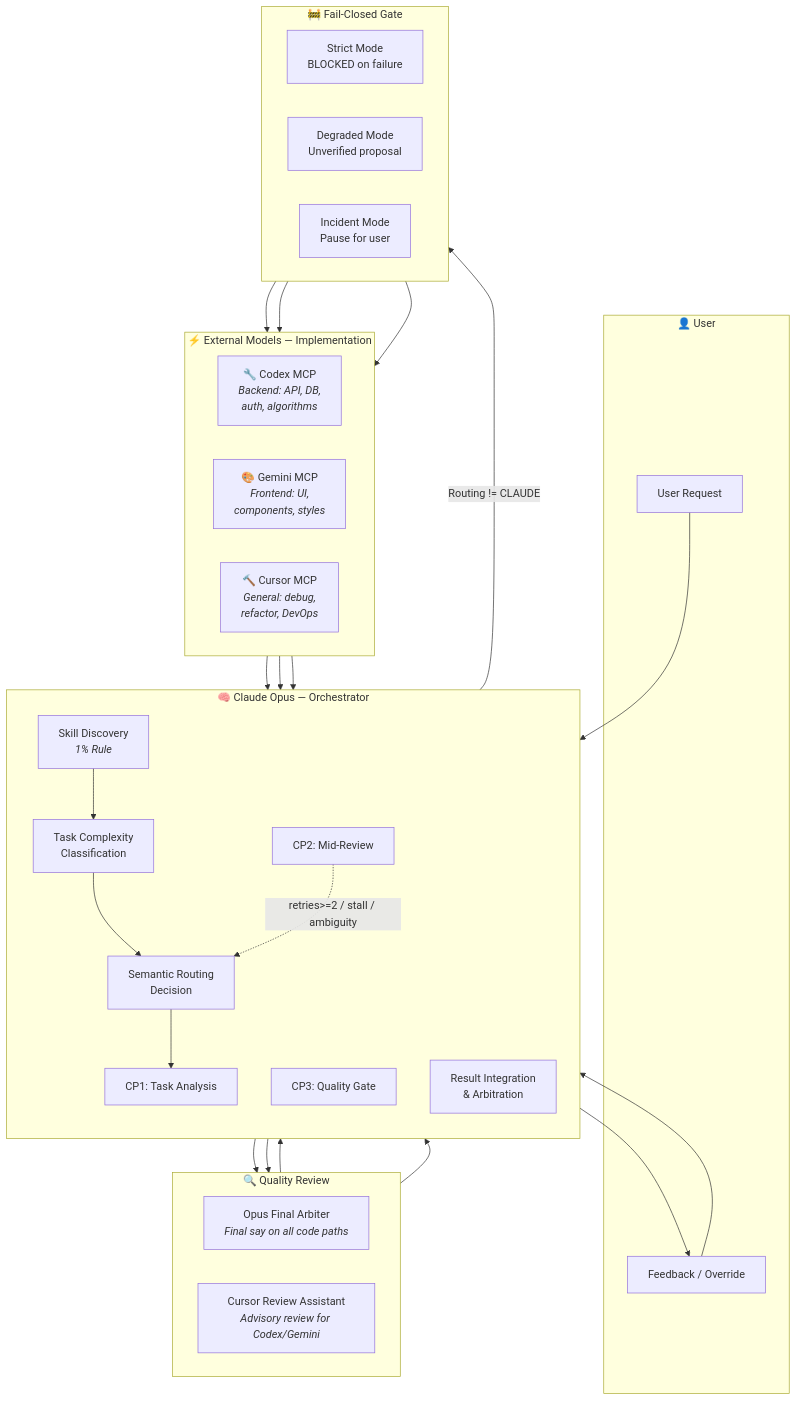
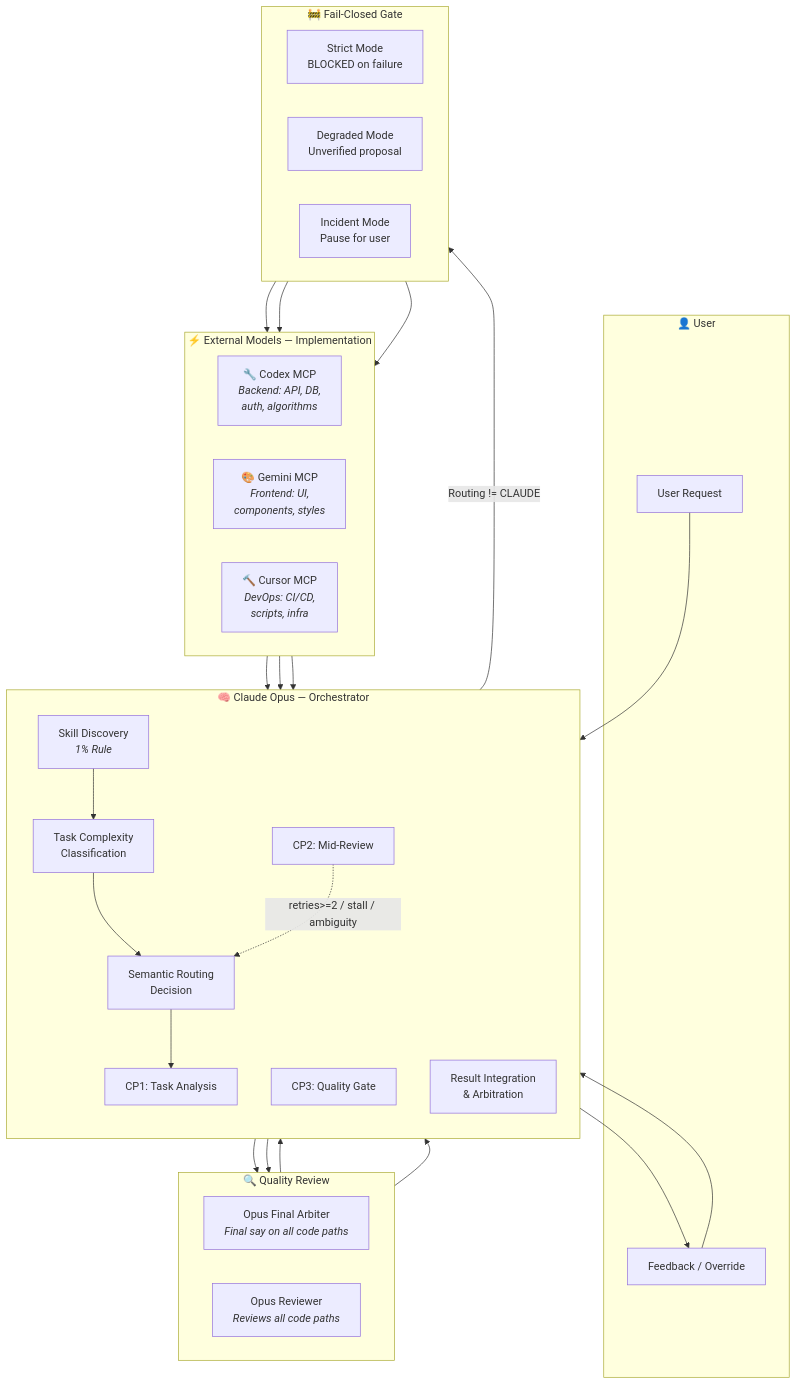
The first of 6 diagrams in plugin/docs/diagrams/cccg-workflow-architecture.md (sitien173/refract), drawn with Mermaid before and after one commit. The commit also changed other lines of this file and 23 other files, not shown here.

First line of the commit message:
refactor: narrow Cursor to DevOps-only and remove Cursor reviewer role

````diff
--- a/plugin/docs/diagrams/cccg-workflow-architecture.md
+++ b/plugin/docs/diagrams/cccg-workflow-architecture.md
@@ -10,56 +10,56 @@
 ```mermaid
 graph TB
     subgraph USER["👤 User"]
         REQ[User Request]
         FB[Feedback / Override]
     end
 
     subgraph CLAUDE["🧠 Claude Opus — Orchestrator"]
         direction TB
         SKILL[Skill Discovery<br><i>1% Rule</i>]
         CLASSIFY[Task Complexity<br>Classification]
         ROUTE[Semantic Routing<br>Decision]
         CP1[CP1: Task Analysis]
         CP2[CP2: Mid-Review]
         CP3[CP3: Quality Gate]
         INTEGRATE[Result Integration<br>& Arbitration]
     end
 
     subgraph EXTERNAL["⚡ External Models — Implementation"]
         direction LR
         CODEX["🔧 Codex MCP<br><i>Backend: API, DB,<br>auth, algorithms</i>"]
         GEMINI["🎨 Gemini MCP<br><i>Frontend: UI,<br>components, styles</i>"]
-        CURSOR["🔨 Cursor MCP<br><i>General: debug,<br>refactor, DevOps</i>"]
+        CURSOR["🔨 Cursor MCP<br><i>DevOps: CI/CD,<br>scripts, infra</i>"]
     end
 
     subgraph REVIEW["🔍 Quality Review"]
         direction LR
         OPUS_REV["Opus Final Arbiter<br><i>Final say on all code paths</i>"]
-        CURSOR_REV["Cursor Review Assistant<br><i>Advisory review for Codex/Gemini</i>"]
+        OPUS_REV2["Opus Reviewer<br><i>Reviews all code paths</i>"]
     end
 
     subgraph GATE["🚧 Fail-Closed Gate"]
         STRICT[Strict Mode<br>BLOCKED on failure]
         DEGRADED[Degraded Mode<br>Unverified proposal]
         INCIDENT[Incident Mode<br>Pause for user]
     end
 
     REQ --> SKILL
     SKILL --> CLASSIFY
     CLASSIFY --> ROUTE
     ROUTE --> CP1
     CP1 -->|"Routing != CLAUDE"| GATE
     GATE --> CODEX
     GATE --> GEMINI
     GATE --> CURSOR
     CODEX --> CP3
     GEMINI --> CP3
     CURSOR --> CP3
-    CP3 --> CURSOR_REV
     CP3 --> OPUS_REV
-    CURSOR_REV --> INTEGRATE
+    CP3 --> OPUS_REV2
     OPUS_REV --> INTEGRATE
+    OPUS_REV2 --> INTEGRATE
     INTEGRATE --> FB
     FB --> CLAUDE
     CP2 -.->|"retries>=2 / stall / ambiguity"| ROUTE
 ```
````
